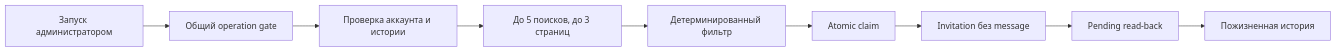
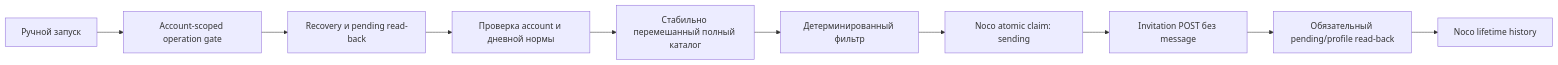
One commit to Kira2K/unicorn-autoresponder changed the diagram in src/features/linkedin-automation/connection-inviter/ARCHITECTURE.md. Above: the diagram before and after it, drawn with Mermaid. The commit also changed other lines of this file and 42 other files, not shown here.

````diff
--- a/src/features/linkedin-automation/connection-inviter/ARCHITECTURE.md
+++ b/src/features/linkedin-automation/connection-inviter/ARCHITECTURE.md
@@ -10,11 +14,12 @@
 ```mermaid
 flowchart LR
-    U["Запуск администратором"] --> G["Общий operation gate"]
-    G --> A["Проверка аккаунта и истории"]
-    A --> S["До 5 поисков, до 3 страниц"]
-    S --> F["Детерминированный фильтр"]
-    F --> C["Atomic claim"]
-    C --> P["Invitation без message"]
-    P --> R["Pending read-back"]
-    R --> H["Пожизненная история"]
+    U[Ручной запуск] --> G[Account-scoped operation gate]
+    G --> R[Recovery и pending read-back]
+    R --> A[Проверка account и дневной нормы]
+    A --> S[Стабильно перемешанный полный каталог]
+    S --> F[Детерминированный фильтр]
+    F --> C[Noco atomic claim: sending]
+    C --> P[Invitation POST без message]
+    P --> B[Обязательный pending/profile read-back]
+    B --> H[Noco lifetime history]
 ```
````
